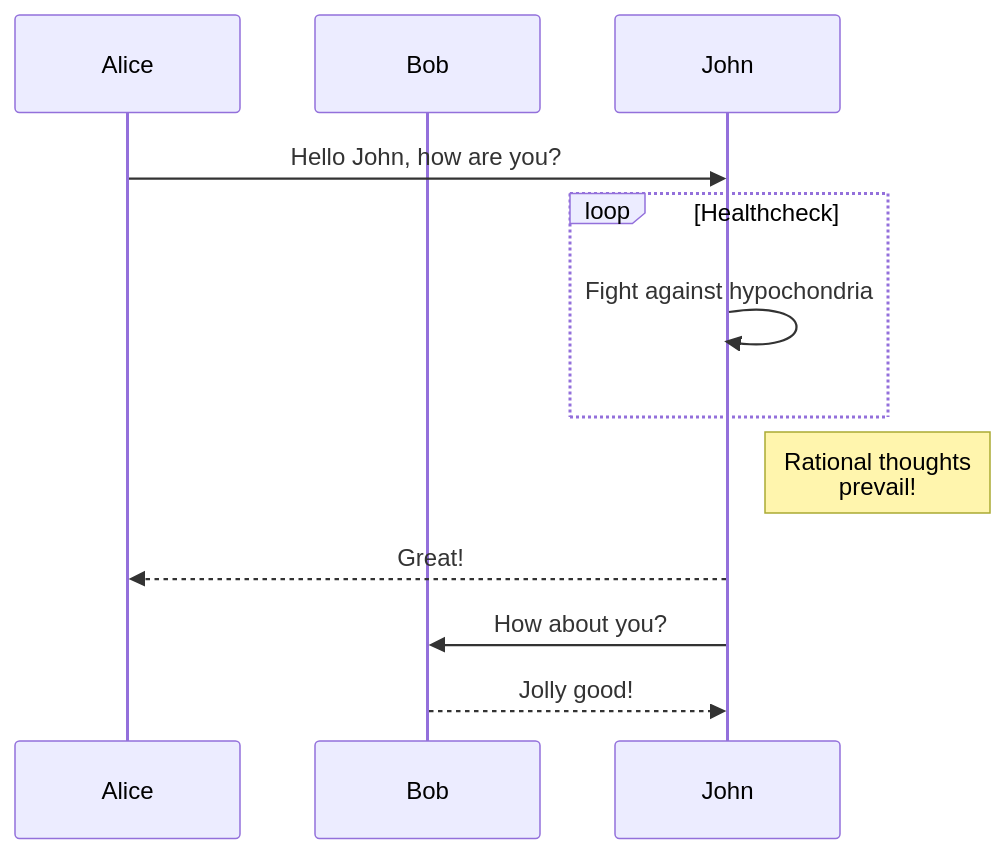
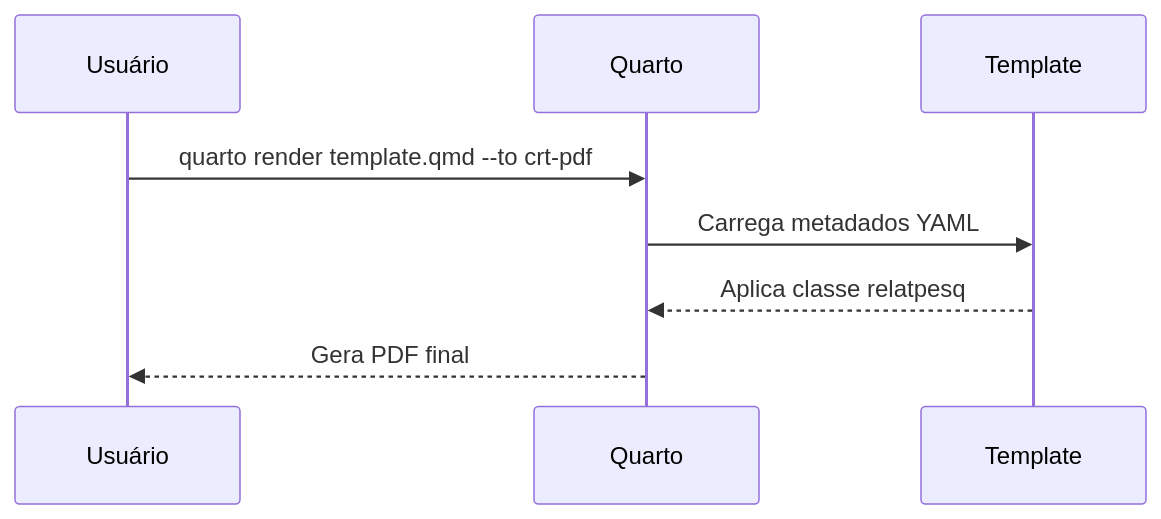
Before and after one commit to diegomcarvalho/cefet-report: the diagram in template.qmd, drawn with Mermaid. The commit also changed other lines of this file and 4 other files, not shown here.

````diff
--- a/template.qmd
+++ b/template.qmd
@@ -157,17 +100,13 @@
 ```{mermaid}
 %%| fig-width: 3.2in
-%%| label: fig-1
-%%| fig-cap: "Scaled Mermaid Diagram"
-%%| fig-align: center
+%%| label: fig-2
+%%| fig-cap:  Mermaid Diagram"
 sequenceDiagram
-  participant Alice
-  participant Bob
-  Alice->>John: Hello John, how are you?
-  loop Healthcheck
-    John->>John: Fight against hypochondria
-  end
-  Note right of John: Rational thoughts <br/>prevail!
-  John-->>Alice: Great!
-  John->>Bob: How about you?
-  Bob-->>John: Jolly good!
+    participant U as Usuário
+    participant Q as Quarto
+    participant T as Template
+    U->>Q: quarto render template.qmd --to crt-pdf
+    Q->>T: Carrega metadados YAML
+    T-->>Q: Aplica classe relatpesq
+    Q-->>U: Gera PDF final
 ```
````
